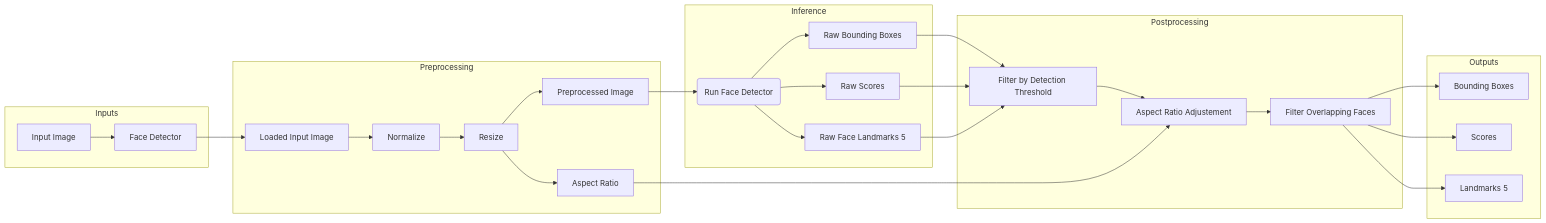
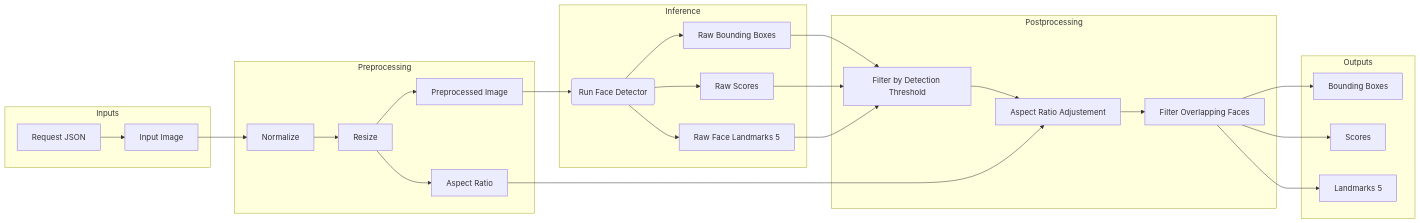
Before and after one commit to TMASynthetics/tma_face_services_face_detector: the diagram in README.md, drawn with Mermaid.

Commit message:
Readme update

````diff
--- a/README.md
+++ b/README.md
@@ -69,28 +69,27 @@
    ```mermaid
    graph LR
       subgraph Inputs
-      II[Input Image] --> FD[Face Detector]
+      RJ[Request JSON] --> II[Input Image]
       end
-      
+
       subgraph Preprocessing
-      FD --> LII[Loaded Input Image]
-      LII --> Normalize
+      II --> Normalize
       Normalize --> Resize
       Resize --> PI[Preprocessed Image] & AR[Aspect Ratio]
       end
       
       subgraph Inference
       PI --> RFDI(Run Face Detector)
       RFDI --> RBB[Raw Bounding Boxes] & RS[Raw Scores] & RFL5[Raw Face Landmarks 5]
       end
 
       subgraph Postprocessing
       RBB & RS & RFL5 --> FDT[Filter by Detection Threshold]
       FDT & AR --> ARA[Aspect Ratio Adjustement] 
       ARA --> FOF[Filter Overlapping Faces]
       end
 
       subgraph Outputs
       FOF --> BB[Bounding Boxes] & S[Scores] & L5[Landmarks 5]
       end
    ```
````
